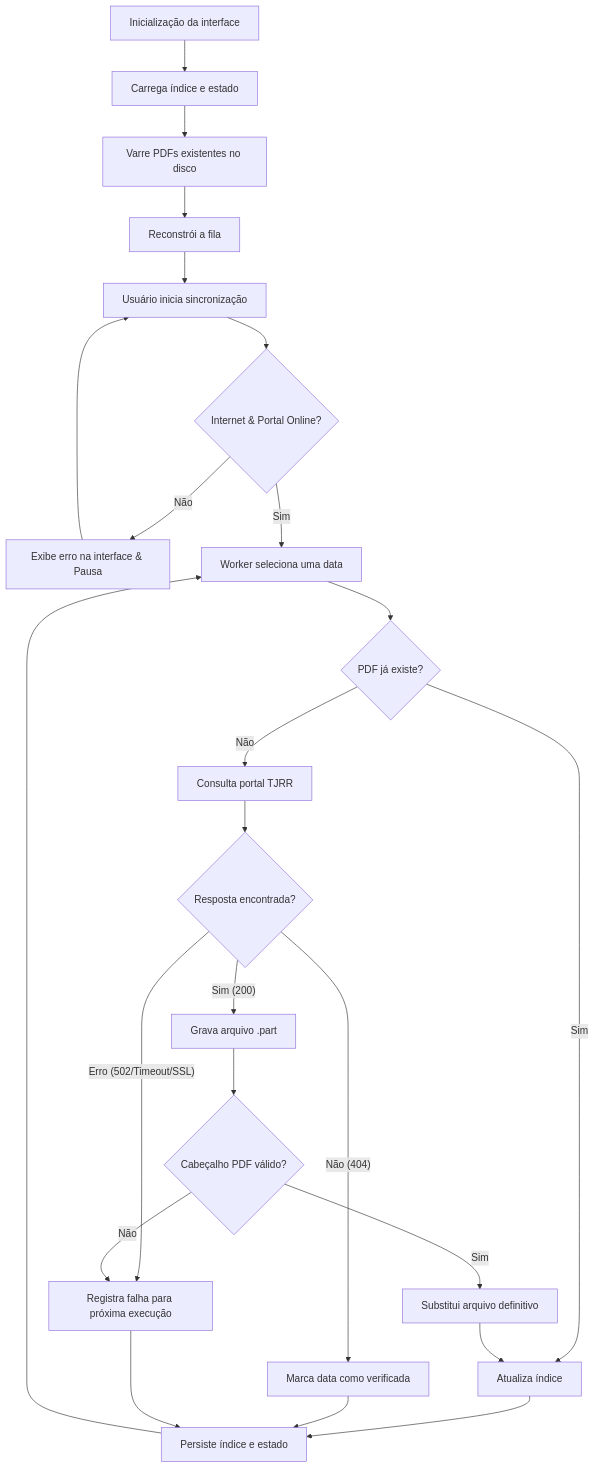
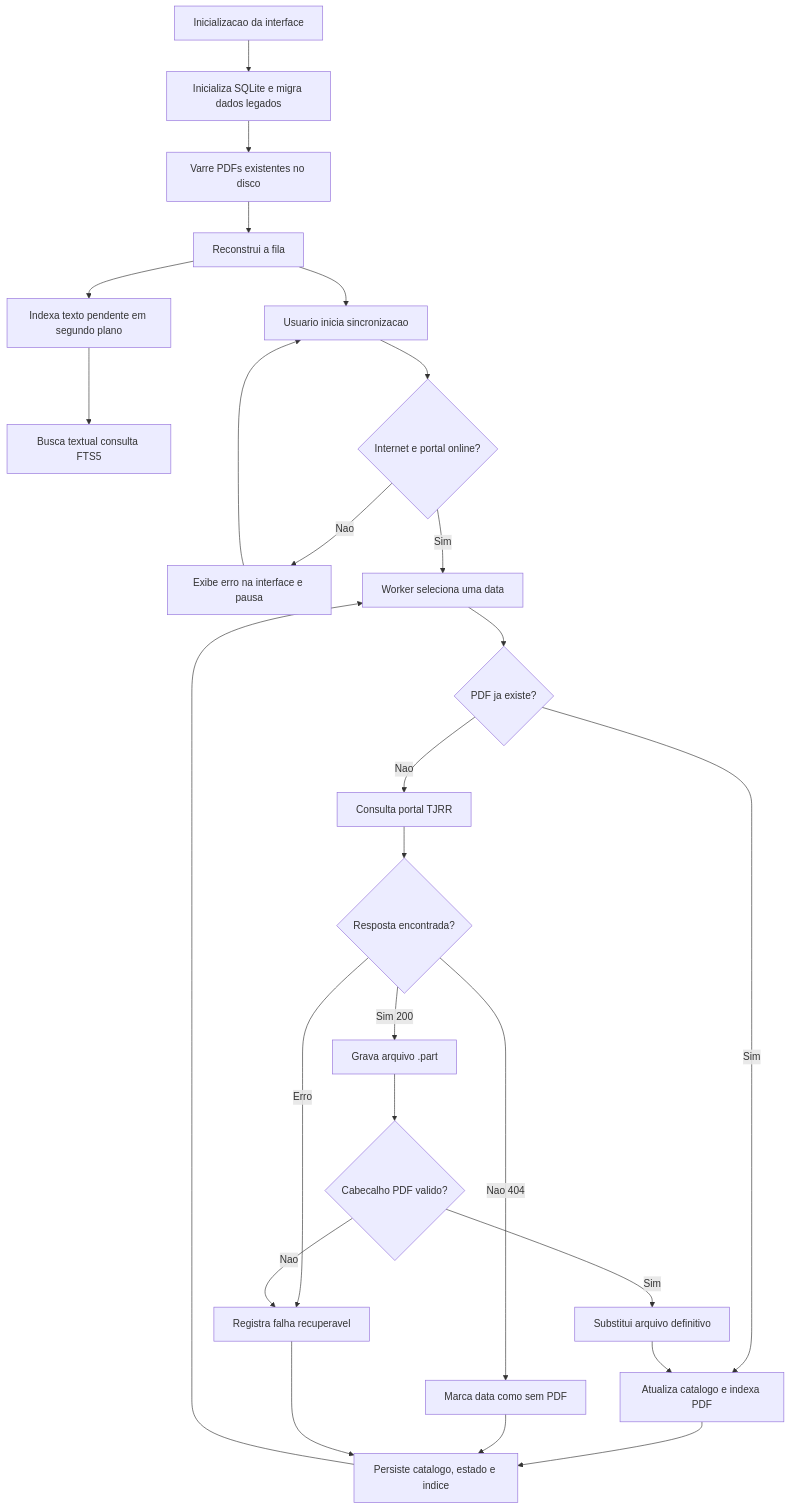
The diagram in docs/ARCHITECTURE.md (MelkyLima/NewDjeFinder), drawn with Mermaid before and after one commit. The commit also changed other lines of this file and 10 other files, not shown here.

````diff
--- a/docs/ARCHITECTURE.md
+++ b/docs/ARCHITECTURE.md
@@ -5,26 +5,28 @@
 ```mermaid
 flowchart TD
-    A[Inicialização da interface] --> B[Carrega índice e estado]
+    A[Inicializacao da interface] --> B[Inicializa SQLite e migra dados legados]
     B --> P[Varre PDFs existentes no disco]
-    P --> C[Reconstrói a fila]
-    C --> D[Usuário inicia sincronização]
-    D --> CA{Internet & Portal Online?}
-    CA -- Não --> PE[Exibe erro na interface & Pausa]
+    P --> C[Reconstrui a fila]
+    C --> X[Indexa texto pendente em segundo plano]
+    X --> S[Busca textual consulta FTS5]
+    C --> D[Usuario inicia sincronizacao]
+    D --> CA{Internet e portal online?}
+    CA -- Nao --> PE[Exibe erro na interface e pausa]
     PE --> D
     CA -- Sim --> E[Worker seleciona uma data]
-    E --> F{PDF já existe?}
-    F -- Sim --> G[Atualiza índice]
-    F -- Não --> H[Consulta portal TJRR]
+    E --> F{PDF ja existe?}
+    F -- Sim --> G[Atualiza catalogo e indexa PDF]
+    F -- Nao --> H[Consulta portal TJRR]
     H --> I{Resposta encontrada?}
-    I -- Não (404) --> J[Marca data como verificada]
-    I -- Erro (502/Timeout/SSL) --> K[Registra falha para próxima execução]
-    I -- Sim (200) --> L[Grava arquivo .part]
-    L --> M{Cabeçalho PDF válido?}
-    M -- Não --> K
+    I -- Nao 404 --> J[Marca data como sem PDF]
+    I -- Erro --> K[Registra falha recuperavel]
+    I -- Sim 200 --> L[Grava arquivo .part]
+    L --> M{Cabecalho PDF valido?}
+    M -- Nao --> K
     M -- Sim --> N[Substitui arquivo definitivo]
     N --> G
-    G --> O[Persiste índice e estado]
+    G --> O[Persiste catalogo, estado e indice]
     J --> O
     K --> O
     O --> E
 ```
````
